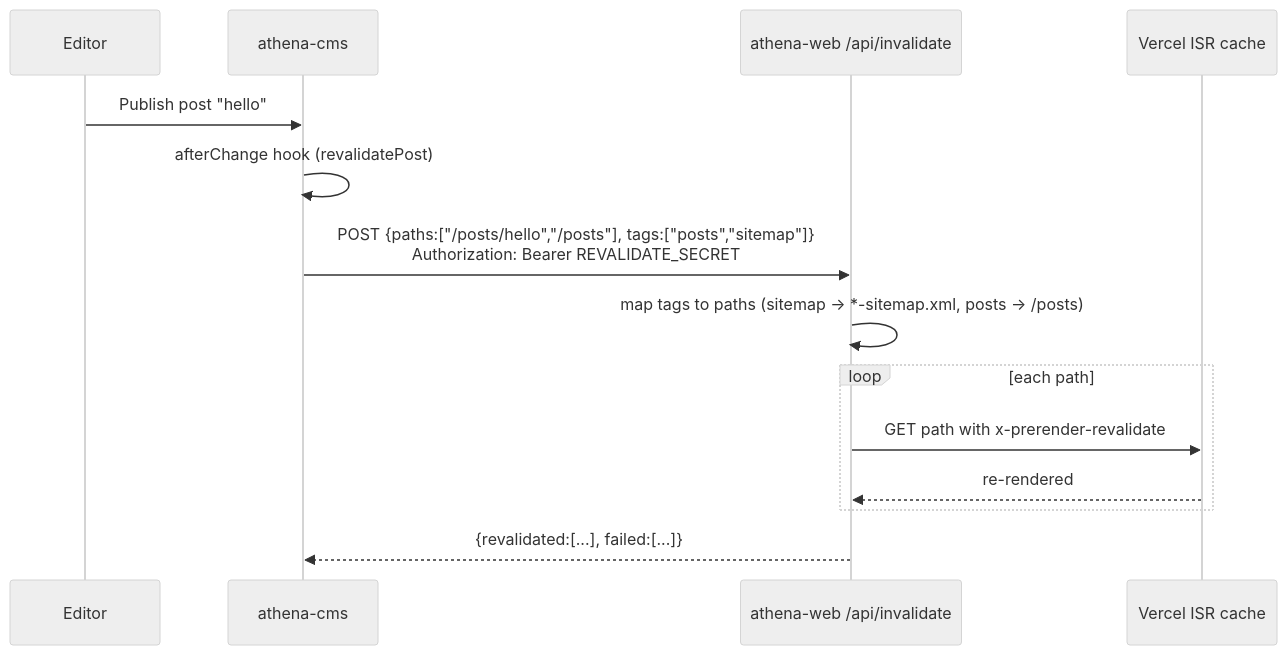
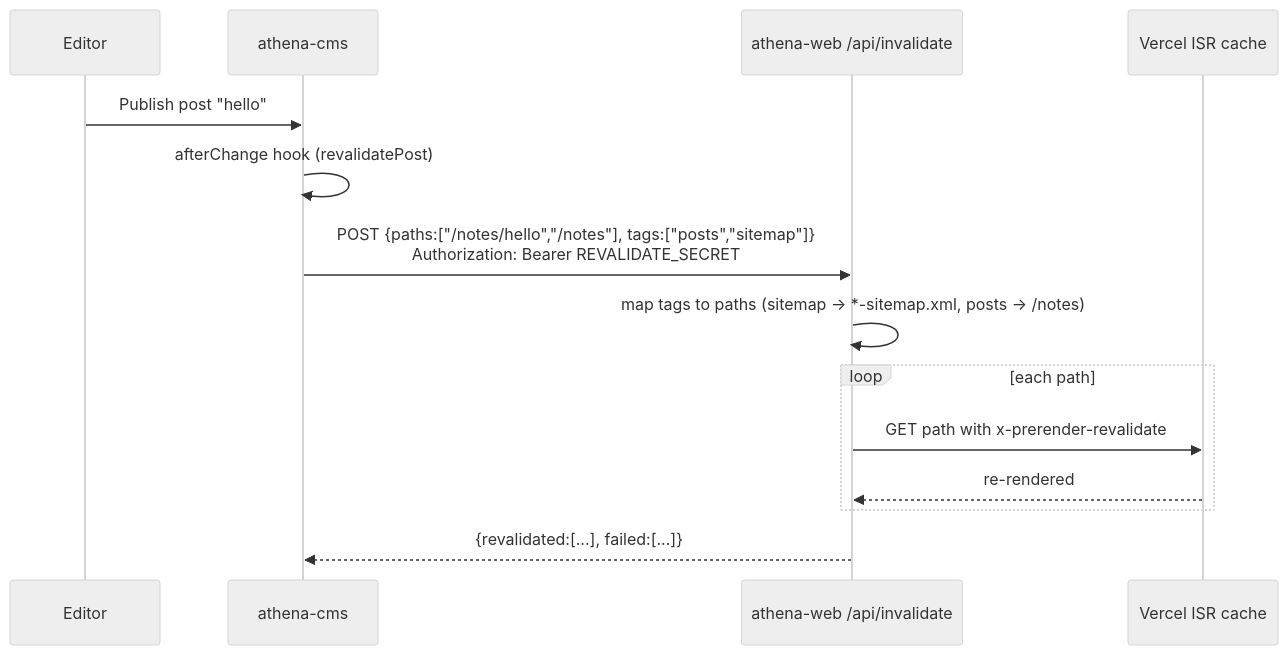
Before and after one commit to 0xCAFEBABEx0/athena: the third of 4 diagrams in docs/ARCHITECTURE.md, drawn with Mermaid (neutral theme). The commit also changed other lines of this file and 64 other files, not shown here.

````diff
--- a/docs/ARCHITECTURE.md
+++ b/docs/ARCHITECTURE.md
@@ -158,16 +158,16 @@
 ```mermaid
 sequenceDiagram
     participant Ed as Editor
     participant C as athena-cms
     participant W as athena-web /api/invalidate
     participant E as Vercel ISR cache
     Ed->>C: Publish post "hello"
     C->>C: afterChange hook (revalidatePost)
-    C->>W: POST {paths:["/posts/hello","/posts"], tags:["posts","sitemap"]}<br/>Authorization: Bearer REVALIDATE_SECRET
-    W->>W: map tags to paths (sitemap → *-sitemap.xml, posts → /posts)
+    C->>W: POST {paths:["/notes/hello","/notes"], tags:["posts","sitemap"]}<br/>Authorization: Bearer REVALIDATE_SECRET
+    W->>W: map tags to paths (sitemap → *-sitemap.xml, posts → /notes)
     loop each path
         W->>E: GET path with x-prerender-revalidate
         E-->>W: re-rendered
     end
     W-->>C: {revalidated:[...], failed:[...]}
 ```
````
